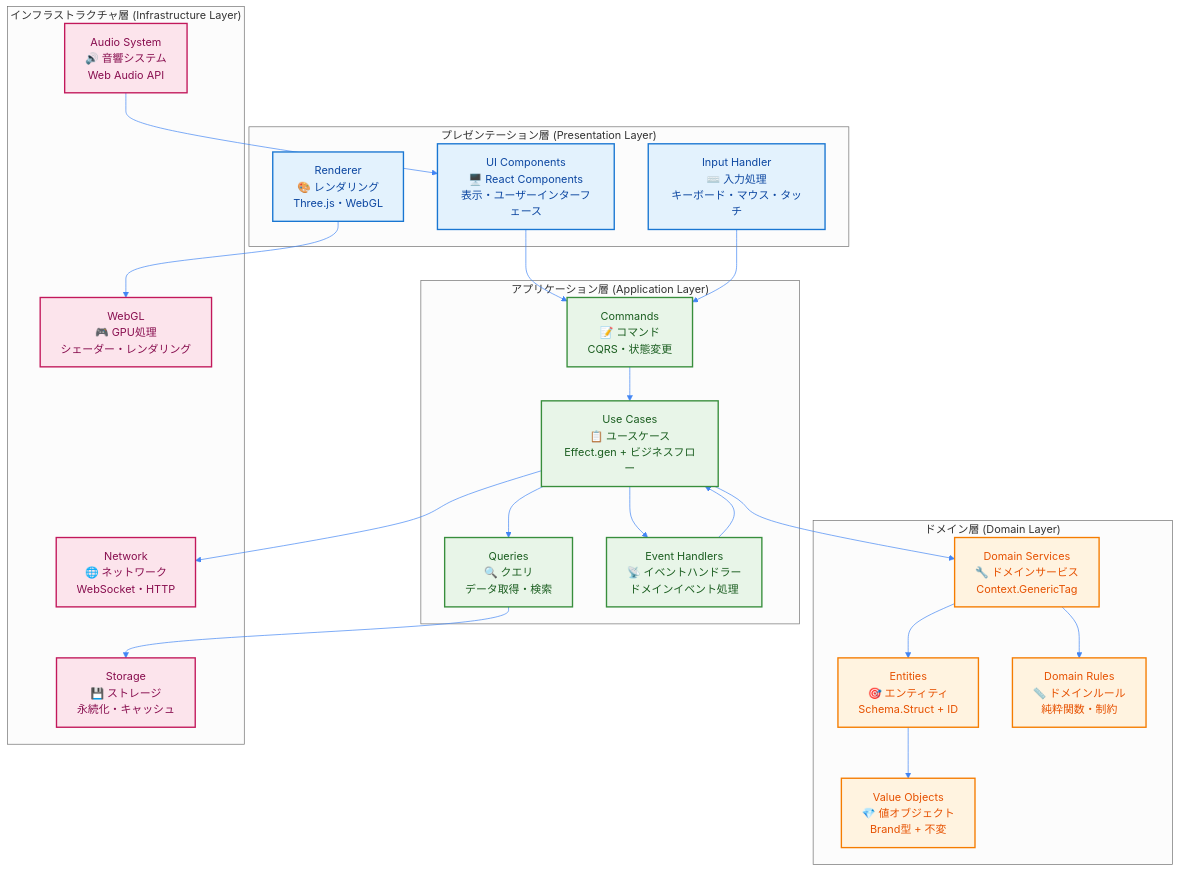
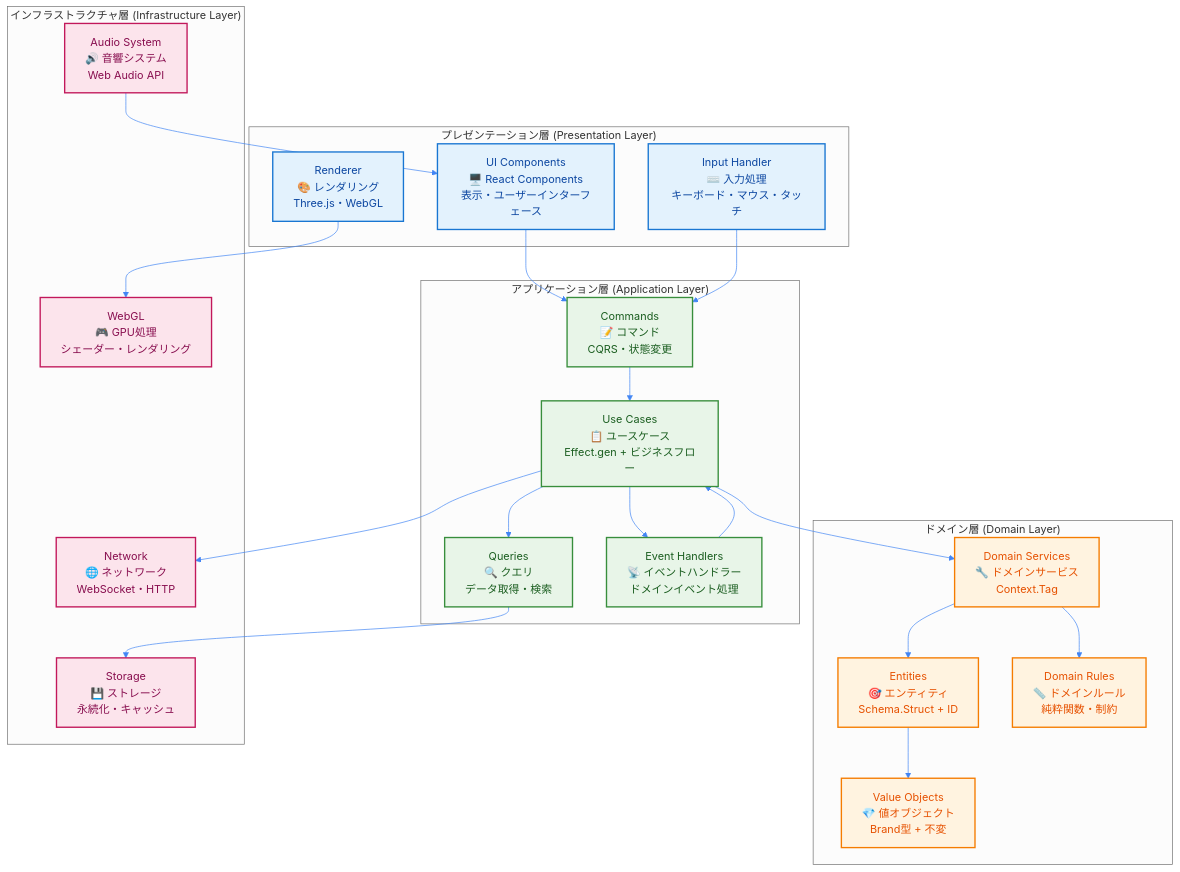
One commit to takeokunn/ts-minecraft changed the first of 4 diagrams in docs/explanations/architecture/data-flow-diagram.md. Above: the diagram before and after it, drawn with Mermaid. The commit also changed 54 other files, not shown here.

````diff
--- a/docs/explanations/architecture/data-flow-diagram.md
+++ b/docs/explanations/architecture/data-flow-diagram.md
@@ -21,62 +21,62 @@
 ```mermaid
 %%{init: {"theme": "neutral", "themeVariables": {"primaryColor": "#4285f4", "primaryTextColor": "#ffffff", "primaryBorderColor": "#ffffff", "lineColor": "#4285f4", "sectionBkgColor": "#f5f7fa", "tertiaryColor": "#f5f7fa"}}}%%
 graph TB
     subgraph PresentationLayer ["プレゼンテーション層 (Presentation Layer)"]
         UI["UI Components<br/>🖥️ React Components<br/>表示・ユーザーインターフェース"]
         INPUT["Input Handler<br/>⌨️ 入力処理<br/>キーボード・マウス・タッチ"]
         RENDER["Renderer<br/>🎨 レンダリング<br/>Three.js・WebGL"]
     end
 
     subgraph ApplicationLayer ["アプリケーション層 (Application Layer)"]
         UC["Use Cases<br/>📋 ユースケース<br/>Effect.gen + ビジネスフロー"]
         CMD["Commands<br/>📝 コマンド<br/>CQRS・状態変更"]
         QRY["Queries<br/>🔍 クエリ<br/>データ取得・検索"]
         EVT["Event Handlers<br/>📡 イベントハンドラー<br/>ドメインイベント処理"]
     end
 
     subgraph DomainLayer ["ドメイン層 (Domain Layer)"]
         ENT["Entities<br/>🎯 エンティティ<br/>Schema.Struct + ID"]
         VO["Value Objects<br/>💎 値オブジェクト<br/>Brand型 + 不変"]
-        DS["Domain Services<br/>🔧 ドメインサービス<br/>Context.GenericTag"]
+        DS["Domain Services<br/>🔧 ドメインサービス<br/>Context.Tag"]
         DR["Domain Rules<br/>📏 ドメインルール<br/>純粋関数・制約"]
     end
 
     subgraph InfrastructureLayer ["インフラストラクチャ層 (Infrastructure Layer)"]
         DB["Storage<br/>💾 ストレージ<br/>永続化・キャッシュ"]
         NET["Network<br/>🌐 ネットワーク<br/>WebSocket・HTTP"]
         GPU["WebGL<br/>🎮 GPU処理<br/>シェーダー・レンダリング"]
         AUDIO["Audio System<br/>🔊 音響システム<br/>Web Audio API"]
     end
 
     %% Presentation to Application
     UI --> CMD
     INPUT --> CMD
 
     %% Application orchestration
     CMD --> UC
     UC --> DS
     UC --> QRY
     QRY --> DB
     EVT --> UC
     UC --> EVT
 
     %% Domain relationships
     DS --> ENT
     ENT --> VO
     DS --> DR
 
     %% Infrastructure connections
     RENDER --> GPU
     UC --> NET
     AUDIO --> UI
 
     classDef presentationStyle fill:#e3f2fd,stroke:#1976d2,stroke-width:2px,color:#0d47a1
     classDef applicationStyle fill:#e8f5e8,stroke:#388e3c,stroke-width:2px,color:#1b5e20
     classDef domainStyle fill:#fff3e0,stroke:#f57c00,stroke-width:2px,color:#e65100
     classDef infrastructureStyle fill:#fce4ec,stroke:#c2185b,stroke-width:2px,color:#880e4f
 
     class UI,INPUT,RENDER presentationStyle
     class UC,CMD,QRY,EVT applicationStyle
     class ENT,VO,DS,DR domainStyle
     class DB,NET,GPU,AUDIO infrastructureStyle
 ```
````
